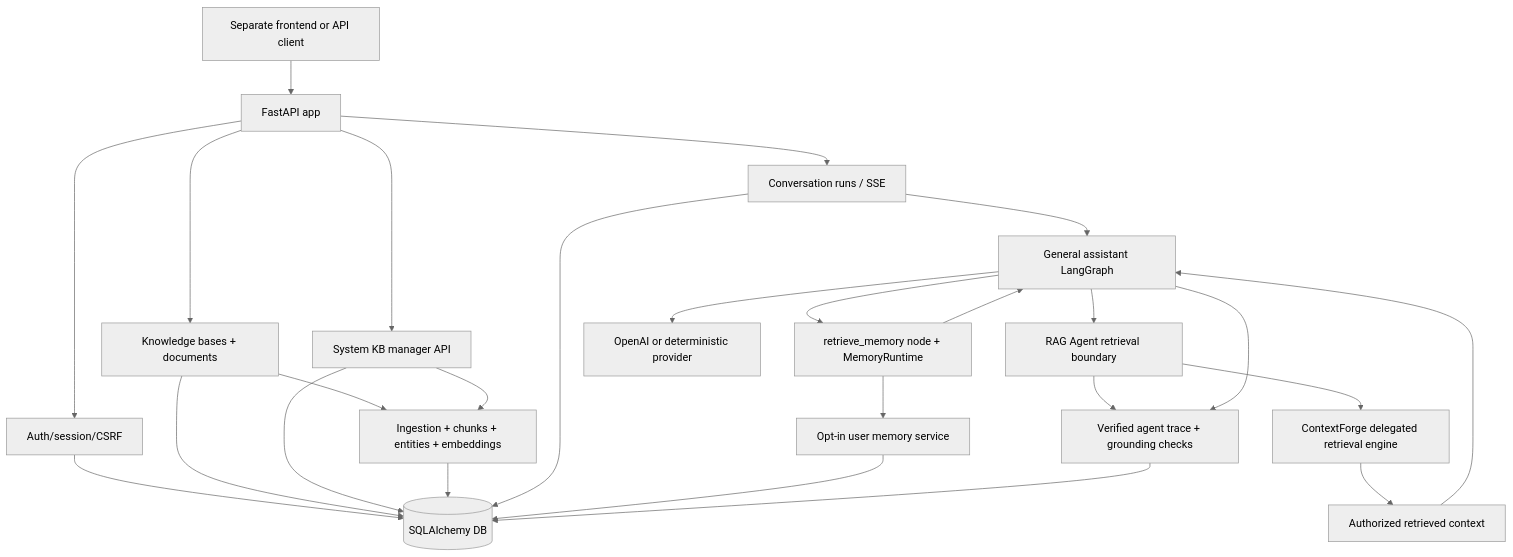
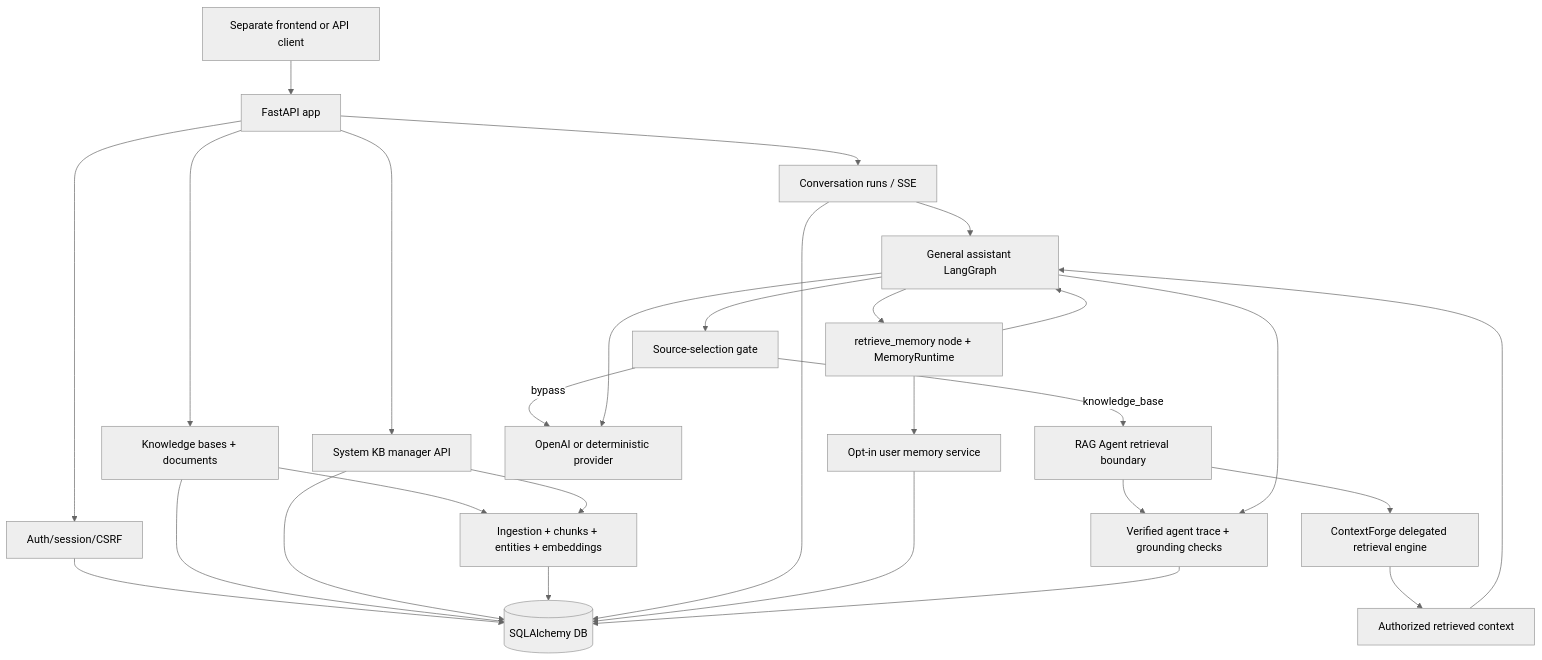
One commit to heecheon92/my-agents changed the diagram in README.en.md. Above: the diagram before and after it, drawn with Mermaid (neutral theme). The commit also changed other lines of this file and 25 other files, not shown here.

````diff
--- a/README.en.md
+++ b/README.en.md
@@ -35,28 +36,30 @@
 ```mermaid
 flowchart TD
     Frontend["Separate frontend or API client"] --> API["FastAPI app"]
     API --> Auth["Auth/session/CSRF"]
     API --> KB["Knowledge bases + documents"]
     API --> SystemKB["System KB manager API"]
     API --> Runs["Conversation runs / SSE"]
     KB --> Ingest["Ingestion + chunks + entities + embeddings"]
     SystemKB --> Ingest
     Runs --> Graph["General assistant LangGraph"]
-    Graph --> RAGAgent["RAG Agent retrieval boundary"]
+    Graph --> SourceGate["Source-selection gate"]
+    SourceGate -->|knowledge_base| RAGAgent["RAG Agent retrieval boundary"]
+    SourceGate -->|bypass| Provider
     RAGAgent --> ContextForge["ContextForge delegated retrieval engine"]
     ContextForge --> GraphInput["Authorized retrieved context"]
     GraphInput --> Graph
     Graph --> MemoryRuntime["retrieve_memory node + MemoryRuntime"]
     MemoryRuntime --> Memory["Opt-in user memory service"]
     MemoryRuntime --> Graph
     Graph --> Provider["OpenAI or deterministic provider"]
     RAGAgent --> Events["Verified agent trace + grounding checks"]
     Graph --> Events
     Auth --> DB[("SQLAlchemy DB")]
     KB --> DB
     SystemKB --> DB
     Ingest --> DB
     Runs --> DB
     Memory --> DB
     Events --> DB
 ```
````
